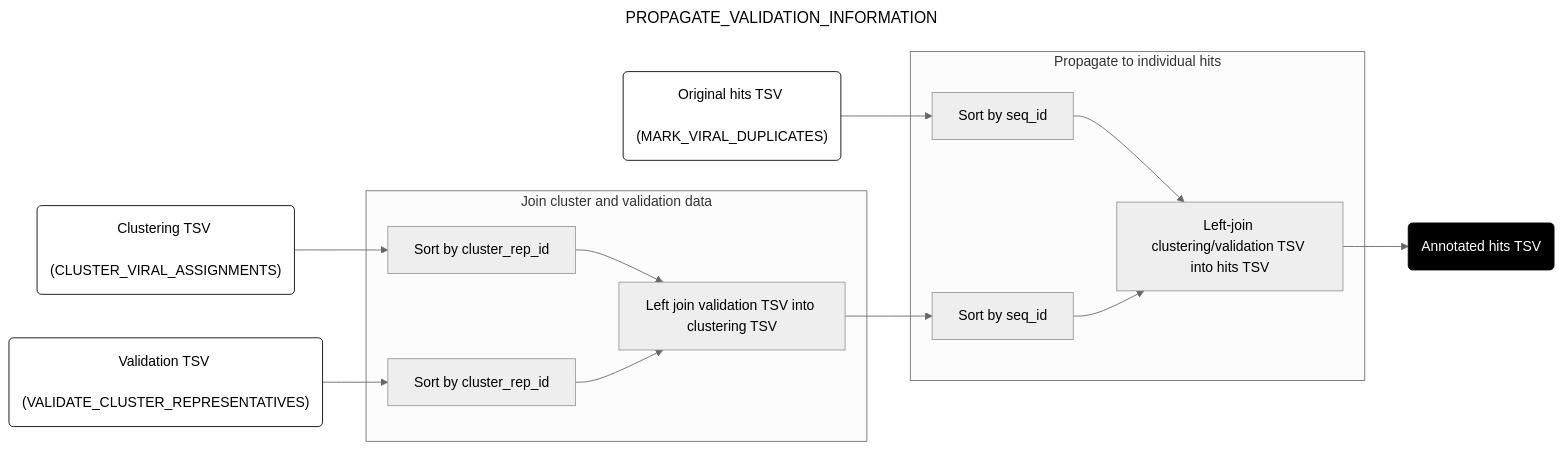
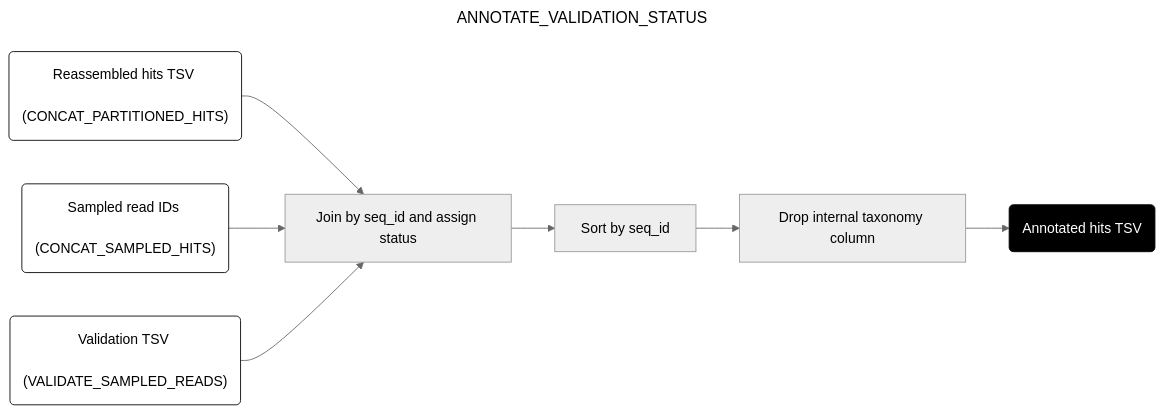
One commit to securebio/nao-mgs-workflow changed the tenth of 10 diagrams in docs/downstream.md. Above: the diagram before and after it, drawn with Mermaid (neutral theme). The commit also changed other lines of this file and 67 other files, not shown here.

````diff
--- a/docs/downstream.md
+++ b/docs/downstream.md
@@ -465,31 +487,18 @@
 ```mermaid
 ---
-title: PROPAGATE_VALIDATION_INFORMATION
+title: ANNOTATE_VALIDATION_STATUS
 config:
   layout: horizontal
 ---
 flowchart LR
-A("Original hits TSV <br> (MARK_VIRAL_DUPLICATES)") --> B[Sort by seq_id]
-C("Clustering TSV <br> (CLUSTER_VIRAL_ASSIGNMENTS)") --> D[Sort by cluster_rep_id]
-E("Validation TSV <br> (VALIDATE_CLUSTER_REPRESENTATIVES)") --> F[Sort by cluster_rep_id]
-D --> G[Left join validation TSV into clustering TSV]
-F --> G
-G --> H[Sort by seq_id]
-B --> I[Left-join clustering/validation TSV into hits TSV]
-H --> I
-I --> J(Annotated hits TSV)
-subgraph "Join cluster and validation data"
-D
-F
-G
-end
-subgraph "Propagate to individual hits"
-B
-H
-I
-end
+A("Reassembled hits TSV <br> (CONCAT_PARTITIONED_HITS)") --> I[Join by seq_id and assign status]
+B("Sampled read IDs <br> (CONCAT_SAMPLED_HITS)") --> I
+C("Validation TSV <br> (VALIDATE_SAMPLED_READS)") --> I
+I --> D[Sort by seq_id]
+D --> E[Drop internal taxonomy column]
+E --> J(Annotated hits TSV)
 style A fill:#fff,stroke:#000
+style B fill:#fff,stroke:#000
 style C fill:#fff,stroke:#000
-style E fill:#fff,stroke:#000
 style J fill:#000,color:#fff,stroke:#000
 ```
````
